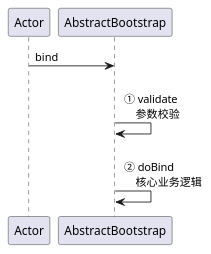
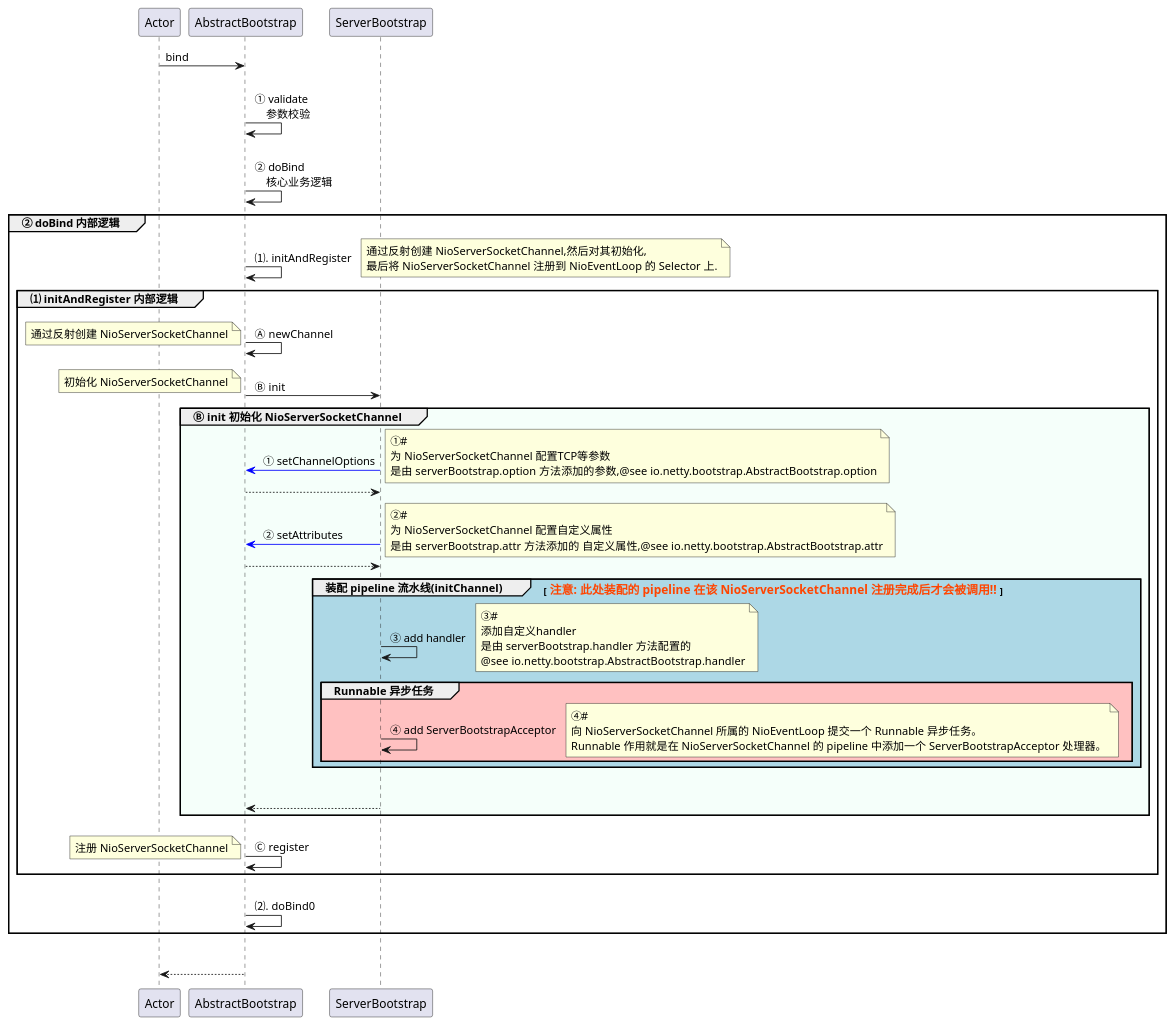
One commit to Simba-cheng/netty changed the diagram in puml/0-ServerBootstrap#启动大致过程.puml. Above: the diagram before and after it, drawn with PlantUML.

Commit message:
refactor(code): 源码添加注释、流程图、类图

```diff
--- a/puml/0-ServerBootstrap#启动大致过程.puml
+++ b/puml/0-ServerBootstrap#启动大致过程.puml
@@ -1,24 +1,83 @@
 @startuml
+
+'箭头上的文字居中
+'skinparam sequenceMessageAlign center
 
 Actor -> AbstractBootstrap: bind
 
 AbstractBootstrap -> AbstractBootstrap: \n ① validate \n     参数校验
 
 AbstractBootstrap -> AbstractBootstrap: \n ② doBind \n     核心业务逻辑
 
-'    group #FDF5E6 doBind
-'        AbstractBootstrap -> AbstractBootstrap: \n\n ⑴. initAndRegister
+    group ② doBind 内部逻辑
 
-'            group #F0FFF0 initAndRegister
-'                AbstractBootstrap -> ServerBootstrap: \n\n <size:16>❶</size> init
-'                ServerBootstrap --> AbstractBootstrap
-'
-'                AbstractBootstrap -> MultithreadEventLoopGroup: \n\n <size:16>❷</size> register
-'                MultithreadEventLoopGroup --> AbstractBootstrap
-'            end
+    AbstractBootstrap -> AbstractBootstrap: \n ⑴. initAndRegister
+        note right
+            通过反射创建 NioServerSocketChannel,然后对其初始化,
+            最后将 NioServerSocketChannel 注册到 NioEventLoop 的 Selector 上.
+        end note
+        group ⑴ initAndRegister 内部逻辑
 
-'        AbstractBootstrap -> AbstractBootstrap: \n\n ⑵. doBind0
+            AbstractBootstrap -> AbstractBootstrap: \n Ⓐ newChannel
+            note left
+                通过反射创建 NioServerSocketChannel
+            end note
 
-'    end
+            AbstractBootstrap -> ServerBootstrap: \n Ⓑ init
+            note left
+                初始化 NioServerSocketChannel
+            end note
+
+                group #F5FFFA Ⓑ init 初始化 NioServerSocketChannel
+
+                    ServerBootstrap -[#0000FF]> AbstractBootstrap: \n ① setChannelOptions
+                        note right
+                            ①#
+                            为 NioServerSocketChannel 配置TCP等参数
+                            是由 serverBootstrap.option 方法添加的参数,@see io.netty.bootstrap.AbstractBootstrap.option
+                        end note
+                    AbstractBootstrap --> ServerBootstrap:
+
+                    ServerBootstrap -[#0000FF]> AbstractBootstrap: \n ② setAttributes
+                        note right
+                            ②#
+                            为 NioServerSocketChannel 配置自定义属性
+                            是由 serverBootstrap.attr 方法添加的 自定义属性,@see io.netty.bootstrap.AbstractBootstrap.attr
+                        end note
+                    AbstractBootstrap --> ServerBootstrap
+
+                    group #ADD8E6 装配 pipeline 流水线(initChannel) [<color:#FF4500><size:14> 注意: 此处装配的 pipeline 在该 NioServerSocketChannel 注册完成后才会被调用!! </size></color>]
+                        ServerBootstrap -> ServerBootstrap: \n ③ add handler
+                            note right
+                                ③#
+                                添加自定义handler
+                                是由 serverBootstrap.handler 方法配置的
+                                @see io.netty.bootstrap.AbstractBootstrap.handler
+                            end note
+
+                        group #FFC1C1 Runnable 异步任务
+                            ServerBootstrap -> ServerBootstrap: \n ④ add ServerBootstrapAcceptor
+                                note right
+                                    ④#
+                                    向 NioServerSocketChannel 所属的 NioEventLoop 提交一个 Runnable 异步任务。
+                                    Runnable 作用就是在 NioServerSocketChannel 的 pipeline 中添加一个 ServerBootstrapAcceptor 处理器。
+                                end note
+                        end
+                    end
+                    ServerBootstrap --> AbstractBootstrap: \n
+                end
+
+            AbstractBootstrap -> AbstractBootstrap: \n Ⓒ register
+            note left
+                注册 NioServerSocketChannel
+            end note
+
+        end
+
+    AbstractBootstrap -> AbstractBootstrap: \n ⑵. doBind0
+
+    end
+
+AbstractBootstrap --> Actor : \n
 
 @enduml
```
